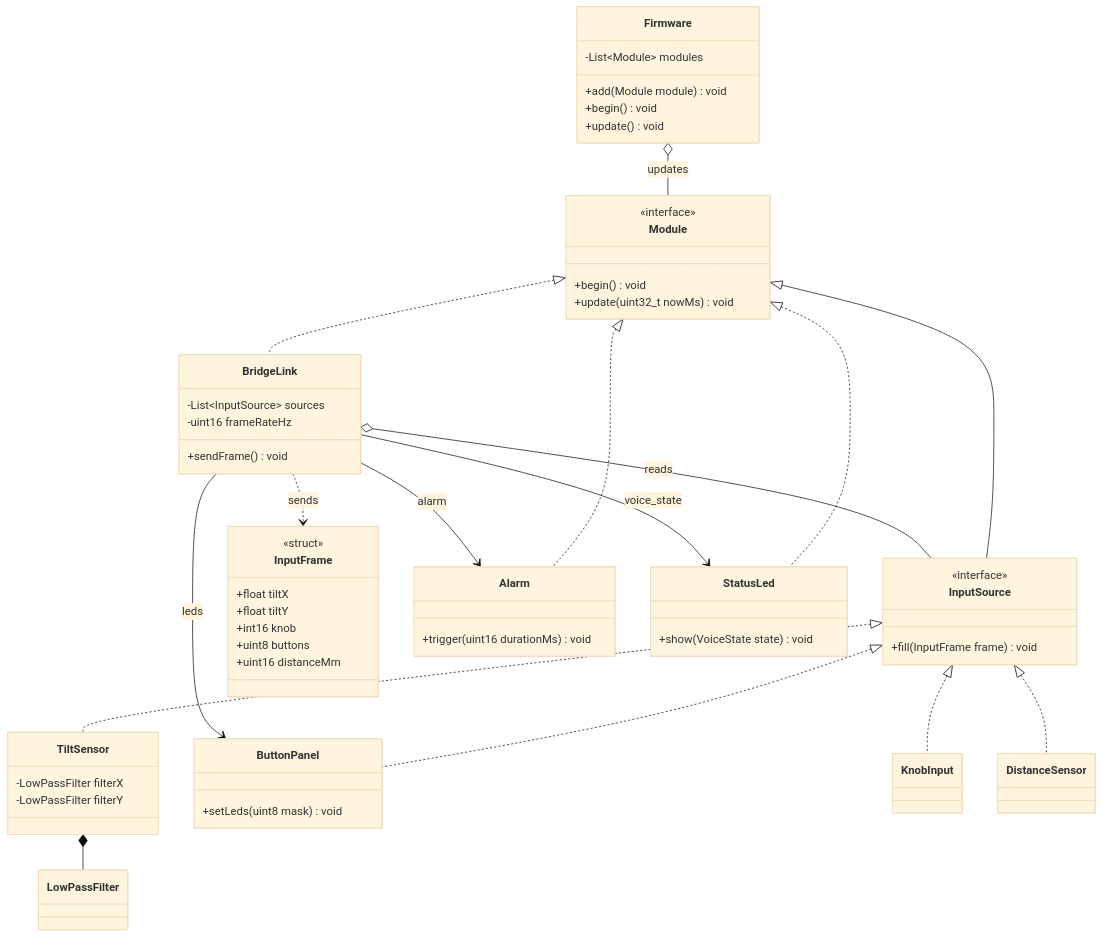
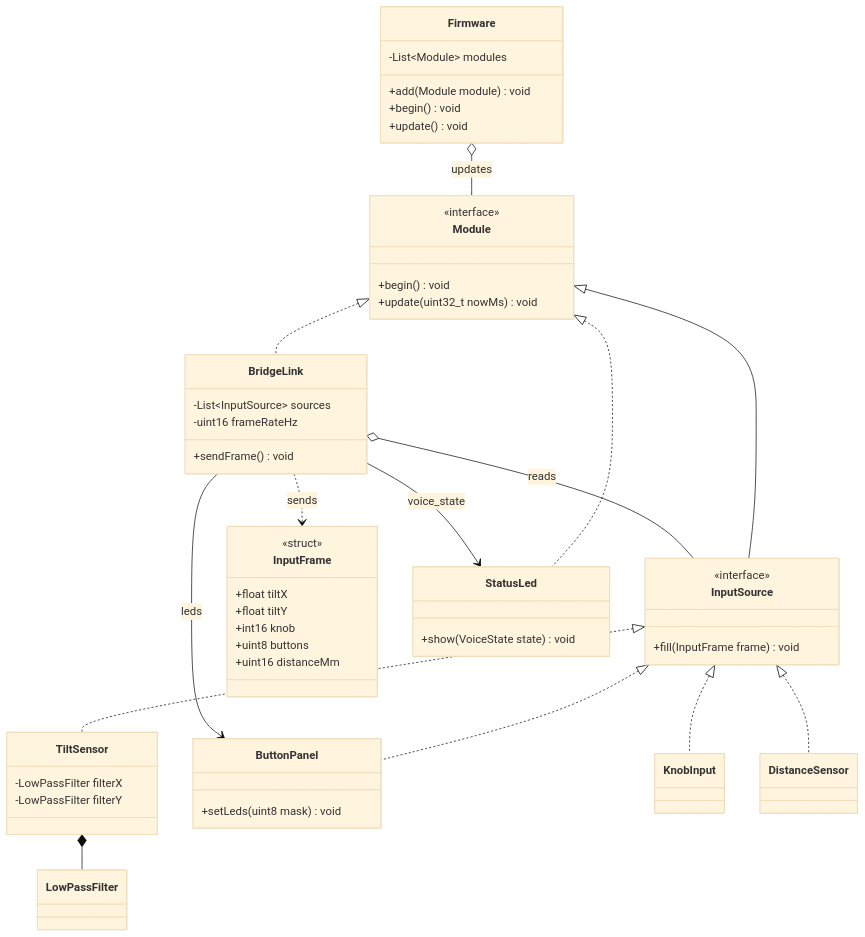
Before and after one commit to JustCodeX/steadyHands: the second of 4 diagrams in PLAN.md, drawn with Mermaid (base theme). The commit also changed other lines of this file and 19 other files, not shown here.

````diff
--- a/PLAN.md
+++ b/PLAN.md
@@ -177,60 +176,55 @@
 ```mermaid
 classDiagram
   direction TB
   class Module {
     <<interface>>
     +begin() void
     +update(uint32_t nowMs) void
   }
   class InputSource {
     <<interface>>
     +fill(InputFrame frame) void
   }
   class Firmware {
     -List~Module~ modules
     +add(Module module) void
     +begin() void
     +update() void
   }
   class InputFrame {
     <<struct>>
     +float tiltX
     +float tiltY
     +int16 knob
     +uint8 buttons
     +uint16 distanceMm
   }
   class TiltSensor {
     -LowPassFilter filterX
     -LowPassFilter filterY
   }
   class ButtonPanel {
     +setLeds(uint8 mask) void
   }
-  class Alarm {
-    +trigger(uint16 durationMs) void
-  }
   class StatusLed {
     +show(VoiceState state) void
   }
   class BridgeLink {
     -List~InputSource~ sources
     -uint16 frameRateHz
     +sendFrame() void
   }
   Module <|-- InputSource
   InputSource <|.. TiltSensor
   InputSource <|.. KnobInput
   InputSource <|.. ButtonPanel
   InputSource <|.. DistanceSensor
-  Module <|.. Alarm
   Module <|.. StatusLed
   Module <|.. BridgeLink
   Firmware o-- Module : updates
   TiltSensor *-- LowPassFilter
   BridgeLink o-- InputSource : reads
   BridgeLink ..> InputFrame : sends
-  BridgeLink --> Alarm : alarm
   BridgeLink --> ButtonPanel : leds
   BridgeLink --> StatusLed : voice_state
 ```
````
